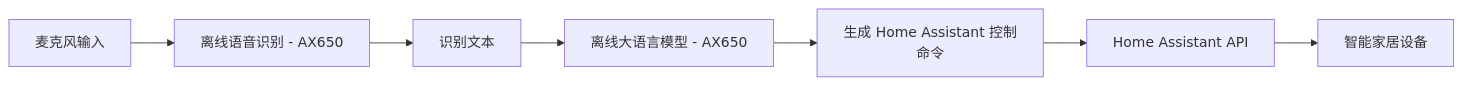
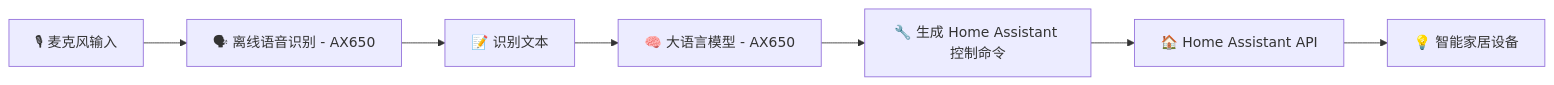
The diagram in README.md (yuyun2000/HomeAssistant-Edge), drawn with Mermaid before and after one commit. The commit also changed other lines of this file and 5 other files, not shown here.

````diff
--- a/README.md
+++ b/README.md
@@ -23,9 +40,9 @@
 ```mermaid
 flowchart LR
-    MIC[麦克风输入] --> ASR[离线语音识别 - AX650]
-    ASR --> TEXT[识别文本]
-    TEXT --> LLM[离线大语言模型 - AX650]
-    LLM --> CMD[生成 Home Assistant 控制命令]
-    CMD --> HA[Home Assistant API]
-    HA --> DEVICE[智能家居设备]
+    MIC[🎙 麦克风输入] --> ASR[🗣 离线语音识别 - AX650]
+    ASR --> TEXT[📝 识别文本]
+    TEXT --> LLM[🧠 大语言模型 - AX650]
+    LLM --> CMD[🔧 生成 Home Assistant 控制命令]
+    CMD --> HA[🏠 Home Assistant API]
+    HA --> DEVICE[💡 智能家居设备]
 ```
````
